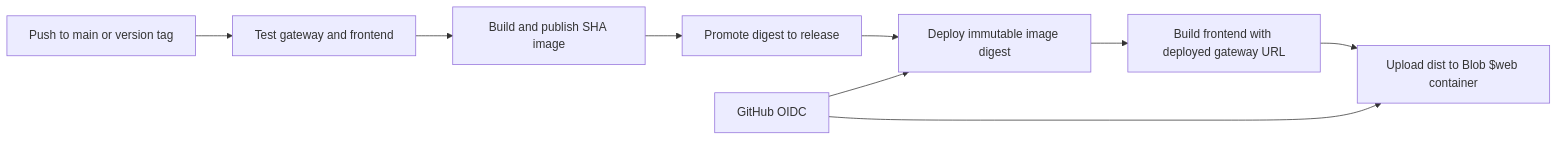
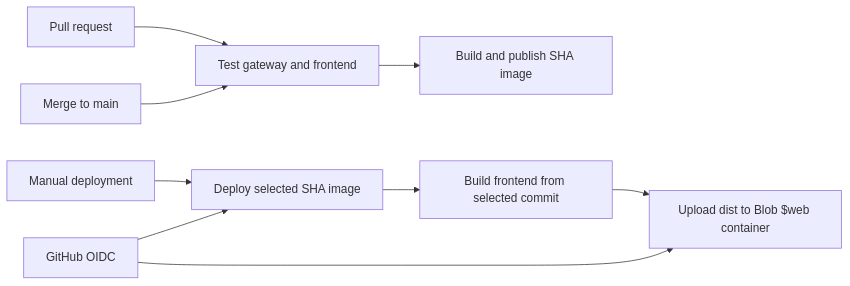
Before and after one commit to ellisbirt/adventure-works-mcp-server: the fourth of 4 diagrams in README.md, drawn with Mermaid. The commit also changed other lines of this file and 2 other files, not shown here.

Commit message:
Refactor CI workflows: rename gateway image workflow to Gateway CI; update pull request paths for frontend; enforce image publishing on main branch only; add deploy workflow for manual image deployment and frontend build.

````diff
--- a/README.md
+++ b/README.md
@@ -95,11 +95,11 @@
 ```mermaid
 flowchart LR
-	Commit[Push to main or version tag] --> Test[Test gateway and frontend]
+	PullRequest[Pull request] --> Test[Test gateway and frontend]
+	Merge[Merge to main] --> Test
 	Test --> Image[Build and publish SHA image]
-	Image --> Promote[Promote digest to release]
-	Promote --> Deploy[Deploy immutable image digest]
-	Deploy --> WebBuild[Build frontend with deployed gateway URL]
+	Manual[Manual deployment] --> Deploy[Deploy selected SHA image]
+	Deploy --> WebBuild[Build frontend from selected commit]
 	WebBuild --> Blob[Upload dist to Blob $web container]
 	AzureLogin[GitHub OIDC] --> Deploy
 	AzureLogin --> Blob
 ```
````
